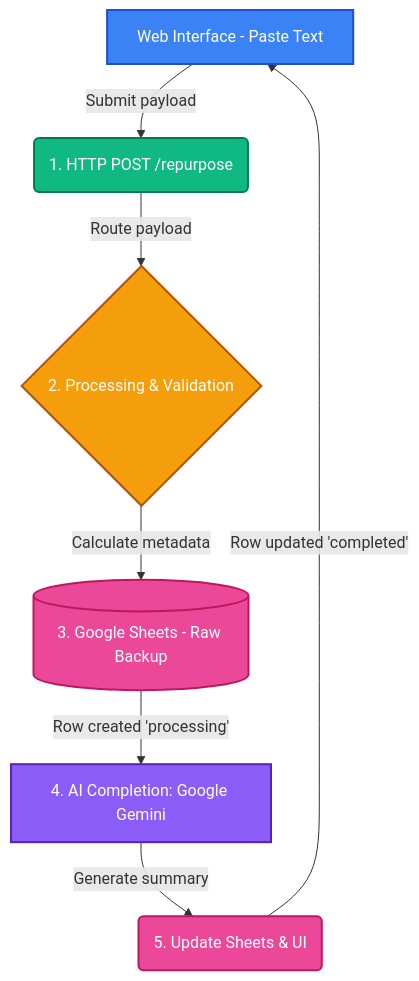
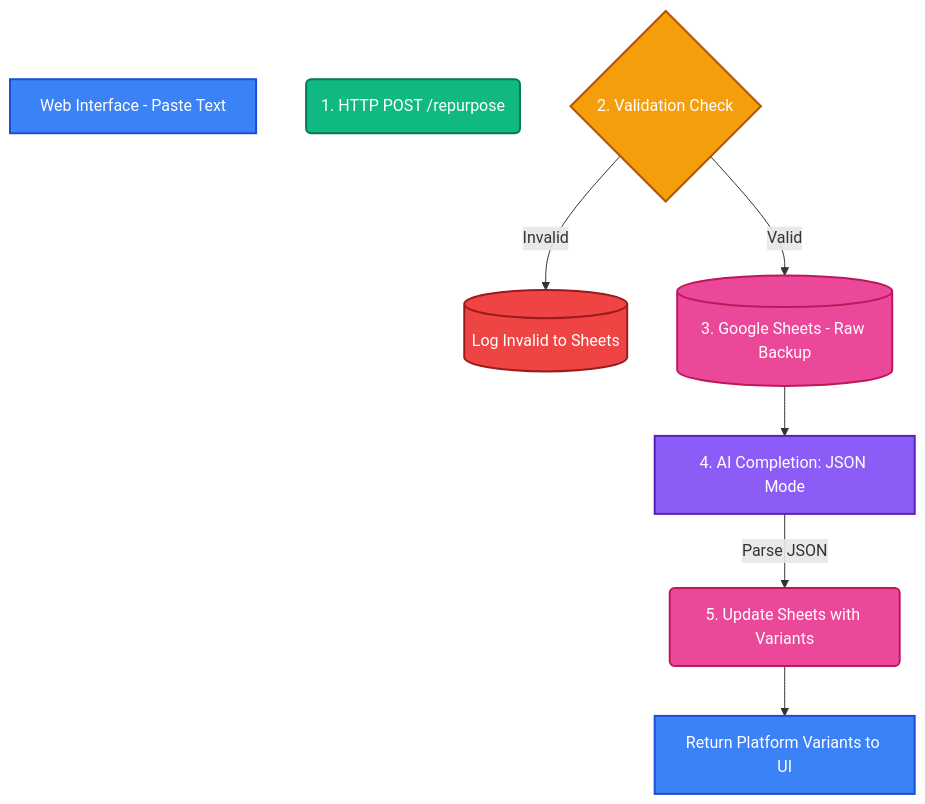
The diagram in README.md (Atacan-Ishan/SE-445-Content-Repurposer), drawn with Mermaid before and after one commit. The commit also changed other lines of this file and 2 other files, not shown here.

````diff
--- a/README.md
+++ b/README.md
@@ -16,22 +26,20 @@
 ```mermaid
 graph TD
     classDef frontend fill:#3b82f6,stroke:#1d4ed8,stroke-width:2px,color:#fff;
     classDef trigger fill:#10b981,stroke:#047857,stroke-width:2px,color:#fff;
     classDef process fill:#f59e0b,stroke:#b45309,stroke-width:2px,color:#fff;
     classDef storage fill:#ec4899,stroke:#be185d,stroke-width:2px,color:#fff;
     classDef ai fill:#8b5cf6,stroke:#5b21b6,stroke-width:2px,color:#fff;
+    classDef error fill:#ef4444,stroke:#991b1b,stroke-width:2px,color:#fff;
 
     A[Web Interface - Paste Text]:::frontend
     B(1. HTTP POST /repurpose):::trigger
-    C{2. Processing & Validation}:::process
-    D[(3. Google Sheets - Raw Backup)]:::storage
-    E[4. AI Completion: Google Gemini]:::ai
-    F(5. Update Sheets & UI):::storage
-
-    A -->|Submit payload| B
-    B -->|Route payload| C
-    C -->|Calculate metadata| D
-    D -->|Row created 'processing'| E
-    E -->|Generate summary| F
-    F -->|Row updated 'completed'| A
+    C{2. Validation Check}:::process
+    
+    C -- Invalid --> D_Err[(Log Invalid to Sheets)]:::error
+    C -- Valid --> D[(3. Google Sheets - Raw Backup)]:::storage
+    
+    D --> E[4. AI Completion: JSON Mode]:::ai
+    E -->|Parse JSON| F(5. Update Sheets with Variants):::storage
+    F --> G[Return Platform Variants to UI]:::frontend
 ```
````
